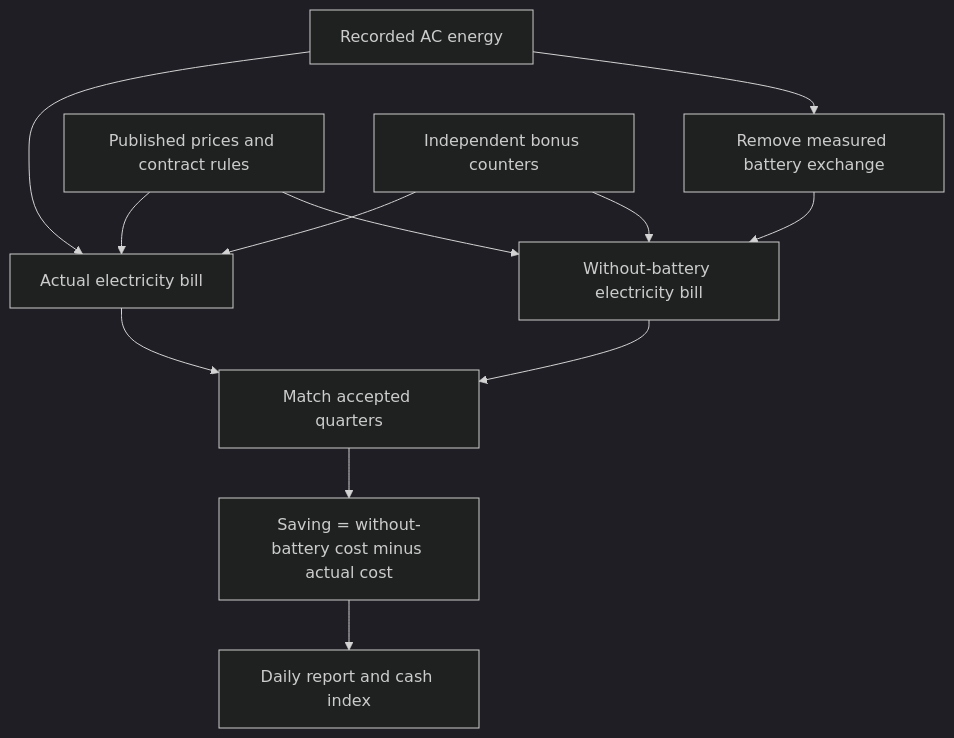
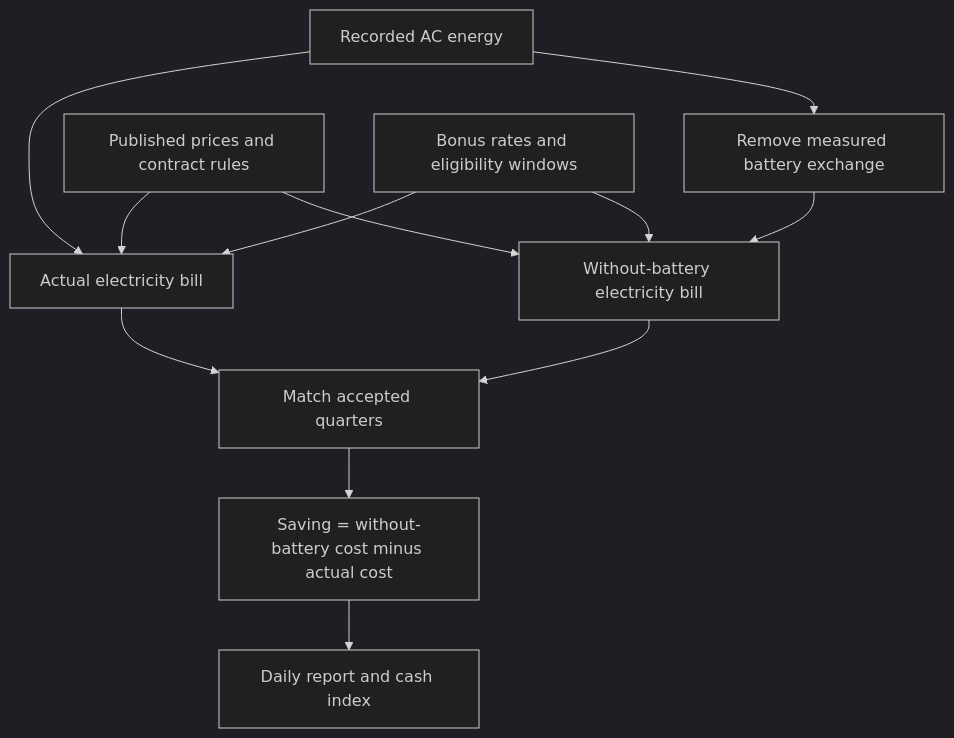
One commit to patrickvorgers/open-energy-planner changed the diagram in docs/development/SAVINGS.md. Above: the diagram before and after it, drawn with Mermaid (dark theme). The commit also changed other lines of this file and 33 other files, not shown here.

````diff
--- a/docs/development/SAVINGS.md
+++ b/docs/development/SAVINGS.md
@@ -29,14 +29,14 @@
 ```mermaid
 flowchart TD
     E[Recorded AC energy] --> A[Actual electricity bill]
     E --> R[Remove measured battery exchange]
     R --> B[Without-battery electricity bill]
     T[Published prices and contract rules] --> A
     T --> B
-    C[Independent bonus counters] --> A
+    C[Bonus rates and eligibility windows] --> A
     C --> B
     A --> M[Match accepted quarters]
     B --> M
     M --> S[Saving = without-battery cost minus actual cost]
     S --> D[Daily report and cash index]
 ```
````
